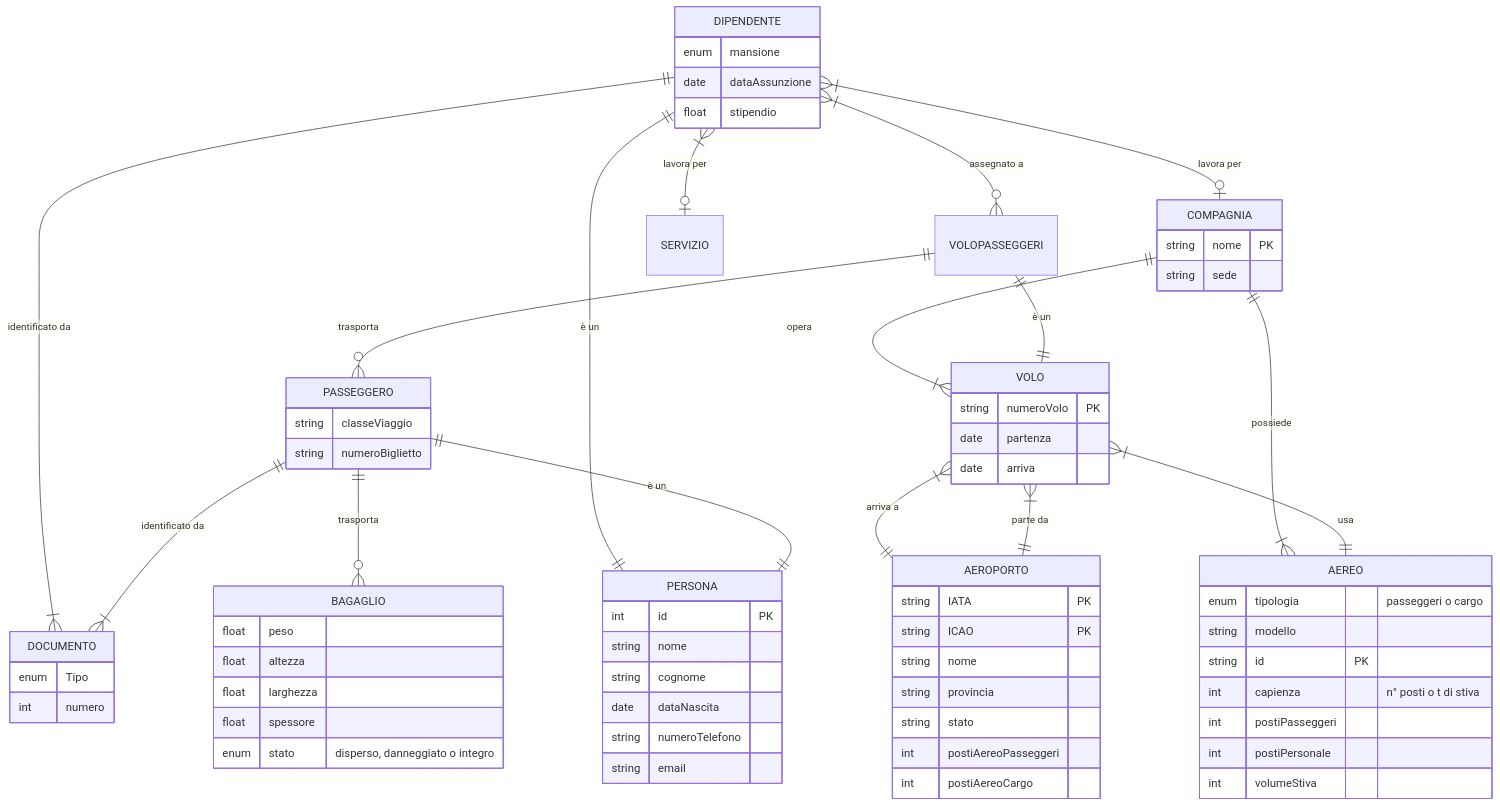
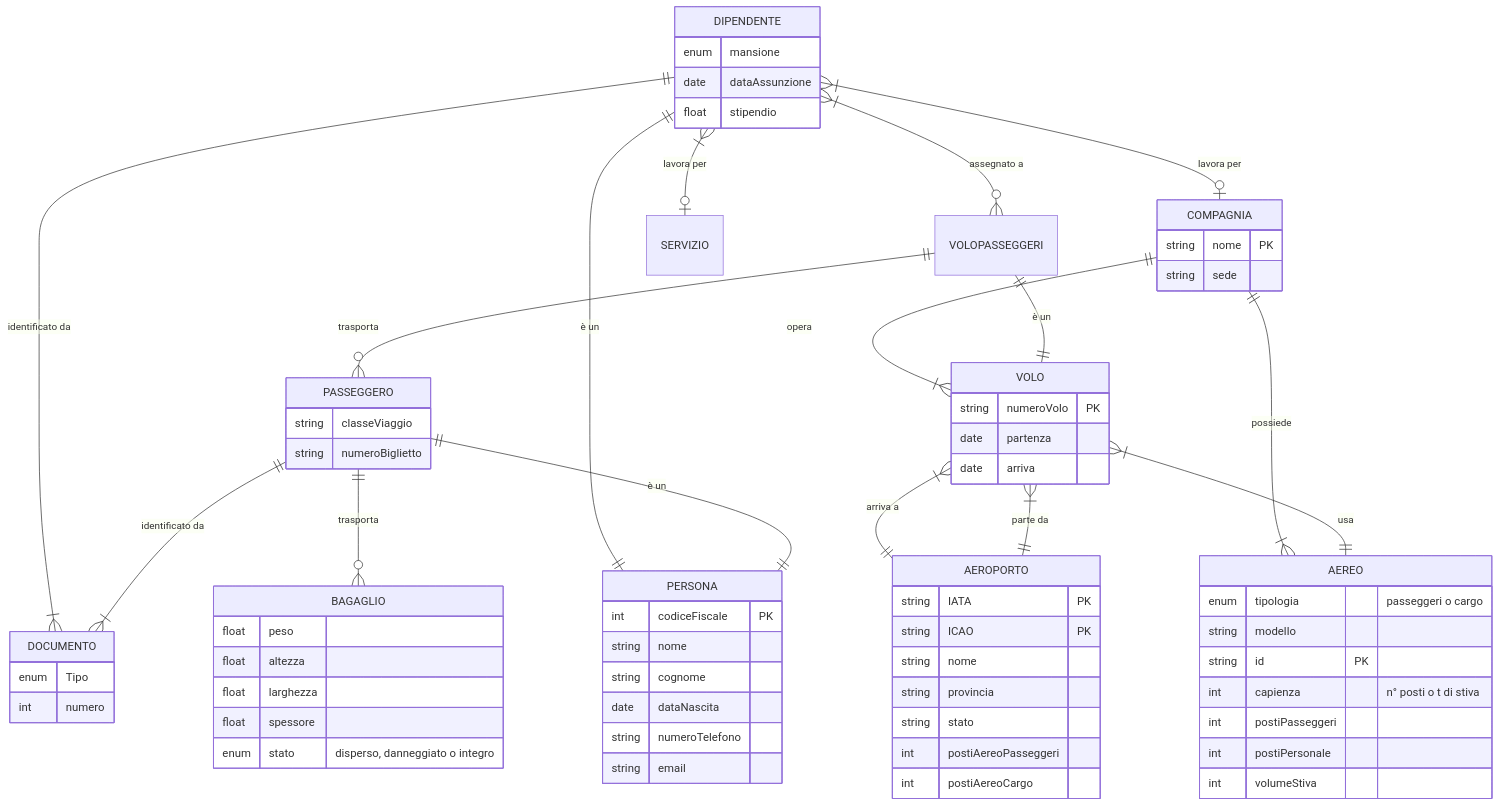
One commit to Diebbo/aereodb changed the third of 6 diagrams in RELAZIONE.md. Above: the diagram before and after it, drawn with Mermaid. The commit also changed other lines of this file, not shown here.

````diff
--- a/RELAZIONE.md
+++ b/RELAZIONE.md
@@ -228,81 +229,81 @@
 ```mermaid
 erDiagram
     VOLO }|--|| AEREO: "usa"
     VOLO }|--|| AEROPORTO: "parte da"
     VOLO }|--|| AEROPORTO: "arriva a"
 
     VOLOPASSEGGERI ||--|| VOLO: "è un"
     VOLOPASSEGGERI ||--o{ PASSEGGERO: "trasporta"
 
     COMPAGNIA ||--|{ VOLO: "opera"
     COMPAGNIA ||--|{ AEREO: "possiede"
 
     PASSEGGERO ||--|| PERSONA: "è un"
     PASSEGGERO ||--|{ DOCUMENTO: "identificato da"
     PASSEGGERO ||--o{ BAGAGLIO: "trasporta"
 
     DIPENDENTE ||--|{ DOCUMENTO: "identificato da"
     DIPENDENTE }|--o| SERVIZIO: "lavora per"
     DIPENDENTE }|--o{ VOLOPASSEGGERI: "assegnato a"
     DIPENDENTE ||--|| PERSONA: "è un"
     DIPENDENTE }|--o| COMPAGNIA: "lavora per"
 
     PERSONA {
-        int id PK
+        int codiceFiscale PK
         string nome
         string cognome
         date dataNascita
         string numeroTelefono
         string email
     }
     DIPENDENTE {
         enum mansione
         date dataAssunzione
         float stipendio
     }
     PASSEGGERO {
         string classeViaggio
         string numeroBiglietto
     }
     DOCUMENTO {
         enum Tipo
         int numero
     }
     BAGAGLIO {
         float peso
         float altezza
         float larghezza
         float spessore
         enum stato "disperso, danneggiato o integro"
     }
     VOLOPASSEGGERI {
     }
     VOLO {
         string numeroVolo PK
         date partenza
         date arriva
     }
     AEROPORTO {
         string IATA PK
         string ICAO PK
         string nome
         string provincia
         string stato
         int postiAereoPasseggeri
         int postiAereoCargo
     }
     AEREO {
         enum tipologia "passeggeri o cargo"
         string modello
         string id PK
         int capienza "n° posti o t di stiva"
         int postiPasseggeri
         int postiPersonale
         int volumeStiva
     }
 
     COMPAGNIA {
         string nome PK
         string sede
     }
 ```
````
